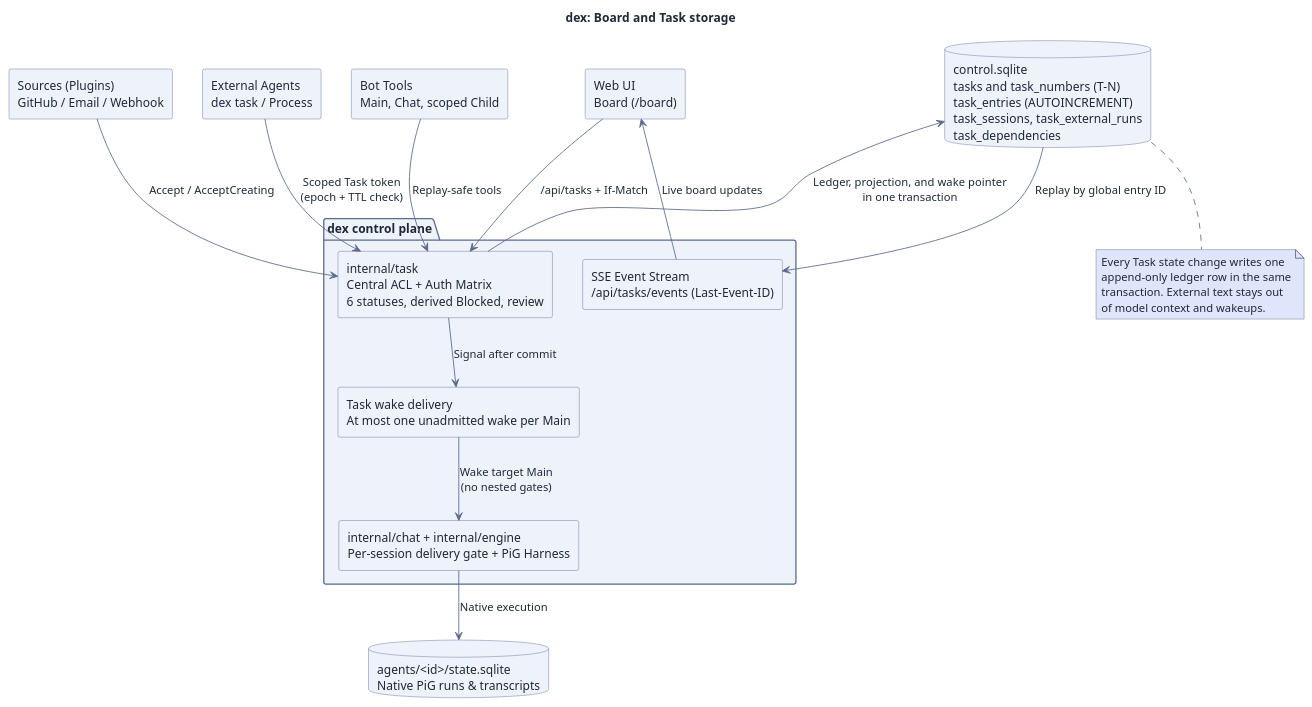
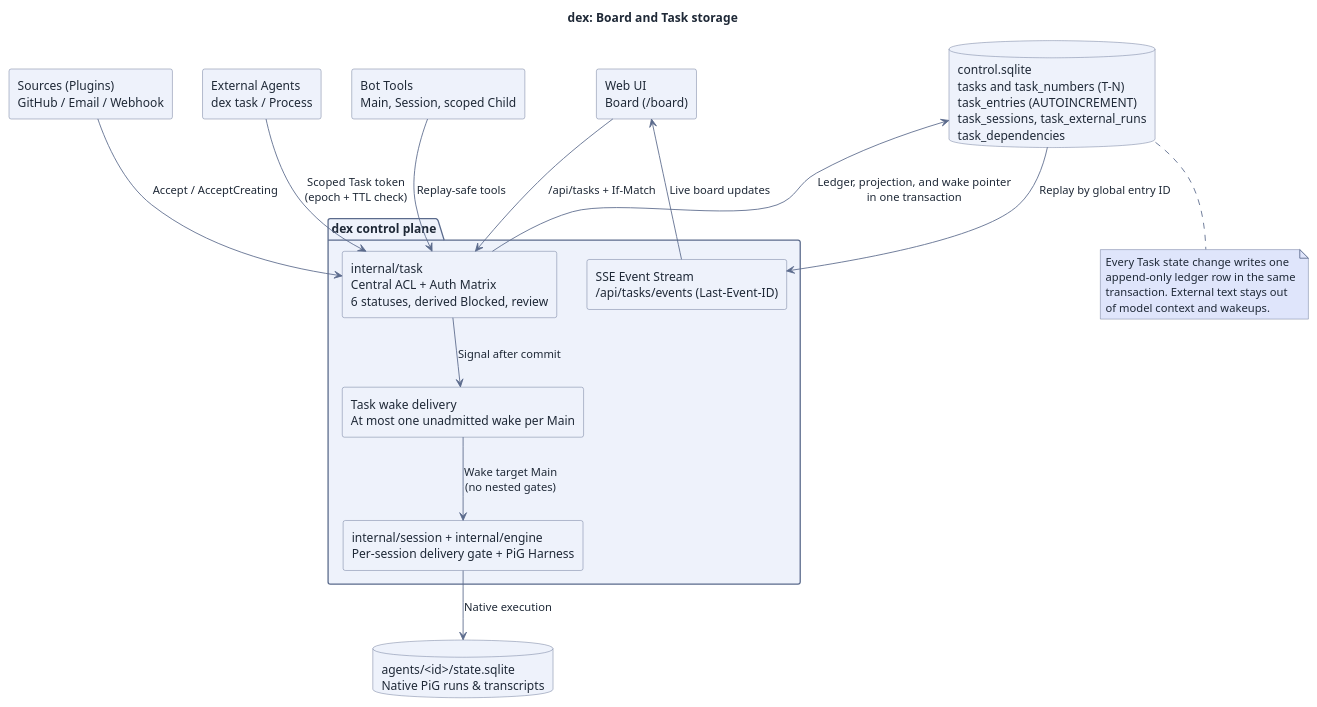
The diagram in docs/assets/src/task-board.puml (recally-io/dex), drawn with PlantUML before and after one commit. The commit also changed 440 other files, not shown here.

```diff
--- a/docs/assets/src/task-board.puml
+++ b/docs/assets/src/task-board.puml
@@ -1,82 +1,82 @@
 @startuml
 skinparam RectangleBackgroundColor #eef2fb
 skinparam RectangleBorderColor #5b6b8c
 skinparam RectangleFontColor #1f2937
 skinparam ComponentBackgroundColor #eef2fb
 skinparam ComponentBorderColor #5b6b8c
 skinparam ComponentFontColor #1f2937
 skinparam ClassBackgroundColor #eef2fb
 skinparam ClassBorderColor #5b6b8c
 skinparam ClassFontColor #1f2937
 skinparam UsecaseBackgroundColor #eef2fb
 skinparam UsecaseBorderColor #5b6b8c
 skinparam UsecaseFontColor #1f2937
 skinparam DatabaseBackgroundColor #eef2fb
 skinparam DatabaseBorderColor #5b6b8c
 skinparam DatabaseFontColor #1f2937
 skinparam NodeBackgroundColor #eef2fb
 skinparam NodeBorderColor #5b6b8c
 skinparam NodeFontColor #1f2937
 skinparam ActorBackgroundColor #eef2fb
 skinparam ActorBorderColor #5b6b8c
 skinparam ActorFontColor #1f2937
 skinparam StateBackgroundColor #eef2fb
 skinparam StateBorderColor #5b6b8c
 skinparam StateFontColor #1f2937
 skinparam ArtifactBackgroundColor #eef2fb
 skinparam ArtifactBorderColor #5b6b8c
 skinparam ArtifactFontColor #1f2937
 skinparam CloudBackgroundColor #eef2fb
 skinparam CloudBorderColor #5b6b8c
 skinparam CloudFontColor #1f2937
 skinparam FolderBackgroundColor #eef2fb
 skinparam FolderBorderColor #5b6b8c
 skinparam FolderFontColor #1f2937
 skinparam PackageBackgroundColor #eef2fb
 skinparam PackageBorderColor #5b6b8c
 skinparam DefaultFontColor #1f2937
 skinparam ArrowColor #5b6b8c
 skinparam ArrowFontColor #1f2937
 skinparam NoteBackgroundColor #dfe5fb
 skinparam NoteBorderColor #5b6b8c
 skinparam NoteFontColor #1f2937
 skinparam stereotypeABackgroundColor #d9e3f4
 skinparam stereotypeABorderColor #5b6b8c
 skinparam stereotypeCBackgroundColor #d9e3f4
 skinparam stereotypeCBorderColor #5b6b8c
 skinparam stereotypeEBackgroundColor #d9e3f4
 skinparam stereotypeEBorderColor #5b6b8c
 skinparam stereotypeIBackgroundColor #d9e3f4
 skinparam stereotypeIBorderColor #5b6b8c
 skinparam BackgroundColor #ffffff
 title dex: Board and Task storage
 top to bottom direction
 rectangle "Web UI\nBoard (/board)" as ui
-rectangle "Bot Tools\nMain, Chat, scoped Child" as tools
+rectangle "Bot Tools\nMain, Session, scoped Child" as tools
 rectangle "Sources (Plugins)\nGitHub / Email / Webhook" as plugins
 rectangle "External Agents\ndex task / Process" as ext
 package "dex control plane" as ctrl {
   rectangle "SSE Event Stream\n/api/tasks/events (Last-Event-ID)" as sse
   rectangle "internal/task\nCentral ACL + Auth Matrix\n6 statuses, derived Blocked, review" as core
   rectangle "Task wake delivery\nAt most one unadmitted wake per Main" as wake
-  rectangle "internal/chat + internal/engine\nPer-session delivery gate + PiG Harness" as runtime
+  rectangle "internal/session + internal/engine\nPer-session delivery gate + PiG Harness" as runtime
 }
 database "control.sqlite\ntasks and task_numbers (T-N)\ntask_entries (AUTOINCREMENT)\ntask_sessions, task_external_runs\ntask_dependencies" as cdb
 database "agents/<id>/state.sqlite\nNative PiG runs & transcripts" as adb
 ui --> core : /api/tasks + If-Match
 ui <-- sse : Live board updates
 tools --> core : Replay-safe tools
 plugins --> core : Accept / AcceptCreating
 ext --> core : Scoped Task token\n(epoch + TTL check)
 core --> cdb : Ledger, projection, and wake pointer\nin one transaction
 cdb --> sse : Replay by global entry ID
 core --> wake : Signal after commit
 wake --> runtime : Wake target Main\n(no nested gates)
 runtime --> adb : Native execution
 note bottom of cdb
   Every Task state change writes one
   append-only ledger row in the same
   transaction. External text stays out
   of model context and wakeups.
 end note
 @enduml
```
